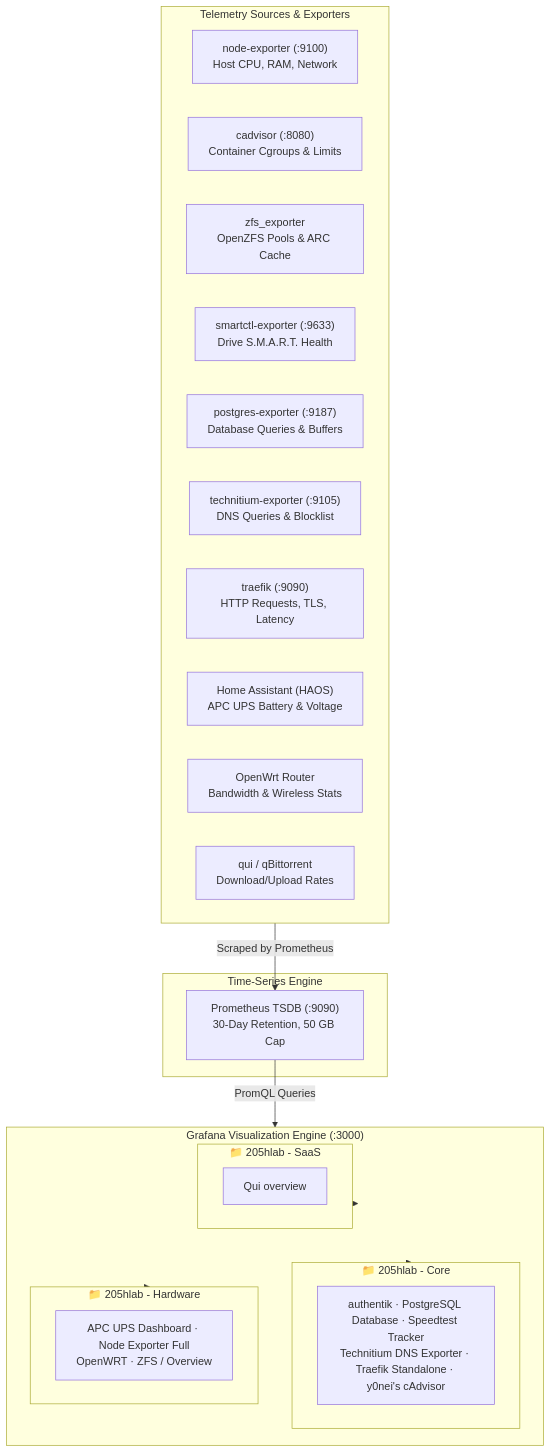
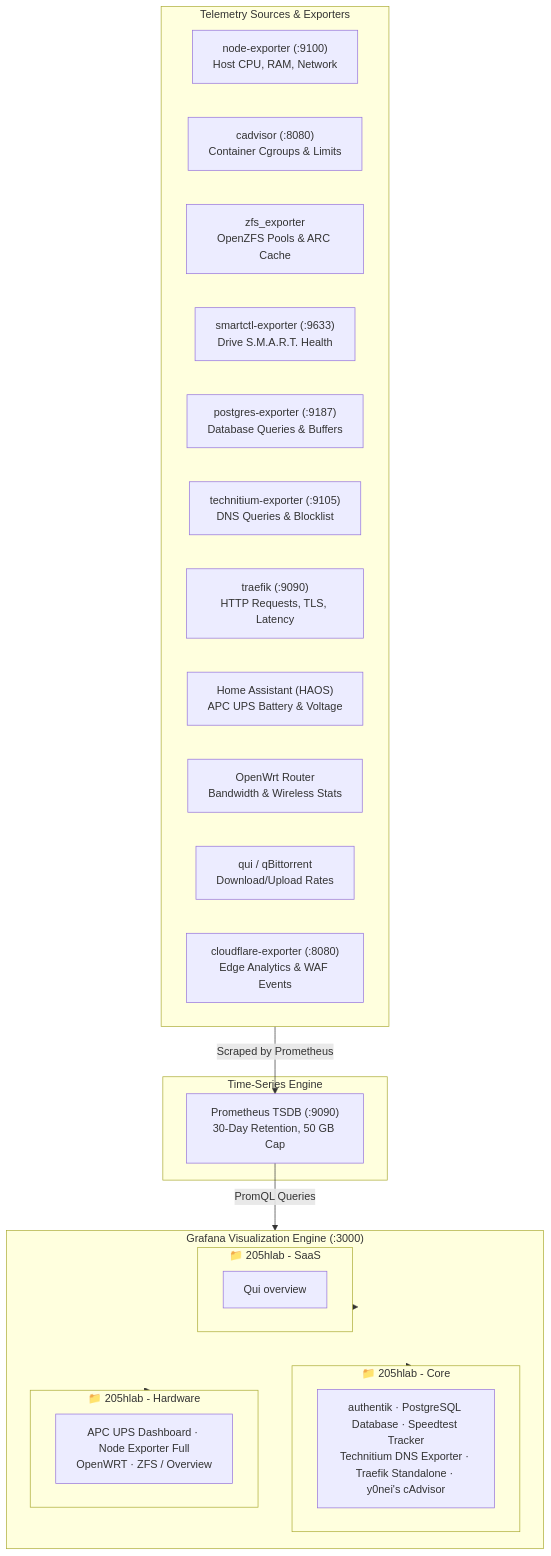
Before and after one commit to Dr20Ervin/205hlab: the diagram in grafana-dashboards/README.md, drawn with Mermaid. The commit also changed 7 other files, not shown here.

Commit message:
feat(prom-exporters): add Cloudflare exporter for edge analytics and metrics collection

````diff
--- a/grafana-dashboards/README.md
+++ b/grafana-dashboards/README.md
@@ -19,37 +19,38 @@
 ```mermaid
 flowchart TD
     subgraph DataSources["Telemetry Sources & Exporters"]
         NodeExp["node-exporter (:9100)\nHost CPU, RAM, Network"]
         cAdv["cadvisor (:8080)\nContainer Cgroups & Limits"]
         ZFS["zfs_exporter\nOpenZFS Pools & ARC Cache"]
         Smart["smartctl-exporter (:9633)\nDrive S.M.A.R.T. Health"]
         PGExp["postgres-exporter (:9187)\nDatabase Queries & Buffers"]
         TechExp["technitium-exporter (:9105)\nDNS Queries & Blocklist"]
         Traefik["traefik (:9090)\nHTTP Requests, TLS, Latency"]
         HA_UPS["Home Assistant (HAOS)\nAPC UPS Battery & Voltage"]
         OpenWrt["OpenWrt Router\nBandwidth & Wireless Stats"]
         Qui["qui / qBittorrent\nDownload/Upload Rates"]
+        CFExp["cloudflare-exporter (:8080)\nEdge Analytics & WAF Events"]
     end
 
     subgraph TSDB["Time-Series Engine"]
         Prometheus["Prometheus TSDB (:9090)\n30-Day Retention, 50 GB Cap"]
     end
 
     subgraph Visualization["Grafana Visualization Engine (:3000)"]
         subgraph F1["📁 205hlab - Core"]
             CoreD["authentik · PostgreSQL Database · Speedtest Tracker\nTechnitium DNS Exporter · Traefik Standalone · y0nei's cAdvisor"]
         end
         subgraph F2["📁 205hlab - Hardware"]
             HardD["APC UPS Dashboard · Node Exporter Full\nOpenWRT · ZFS / Overview"]
         end
         subgraph F3["📁 205hlab - SaaS"]
             SaasD["Qui overview"]
         end
     end
 
     DataSources -->|Scraped by Prometheus| Prometheus
     Prometheus -->|PromQL Queries| Visualization
     Visualization --> F1
     Visualization --> F2
     Visualization --> F3
 ```
````
